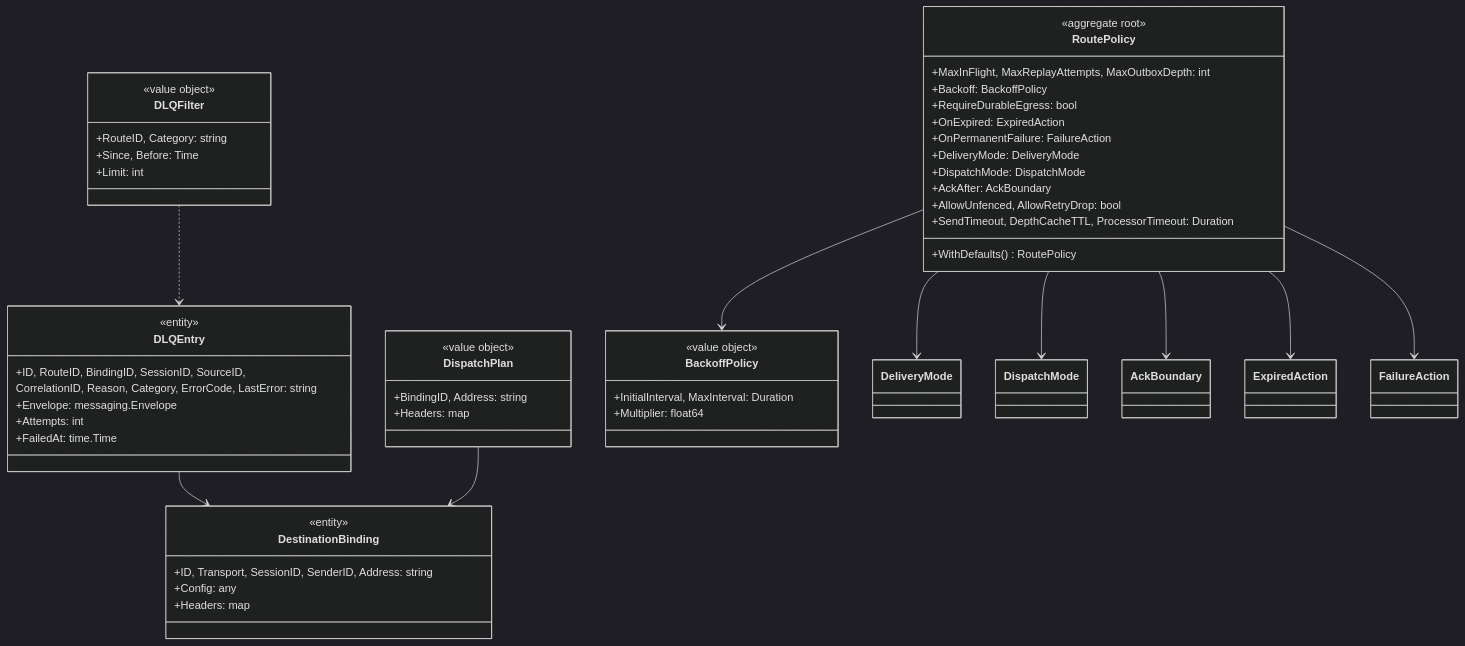
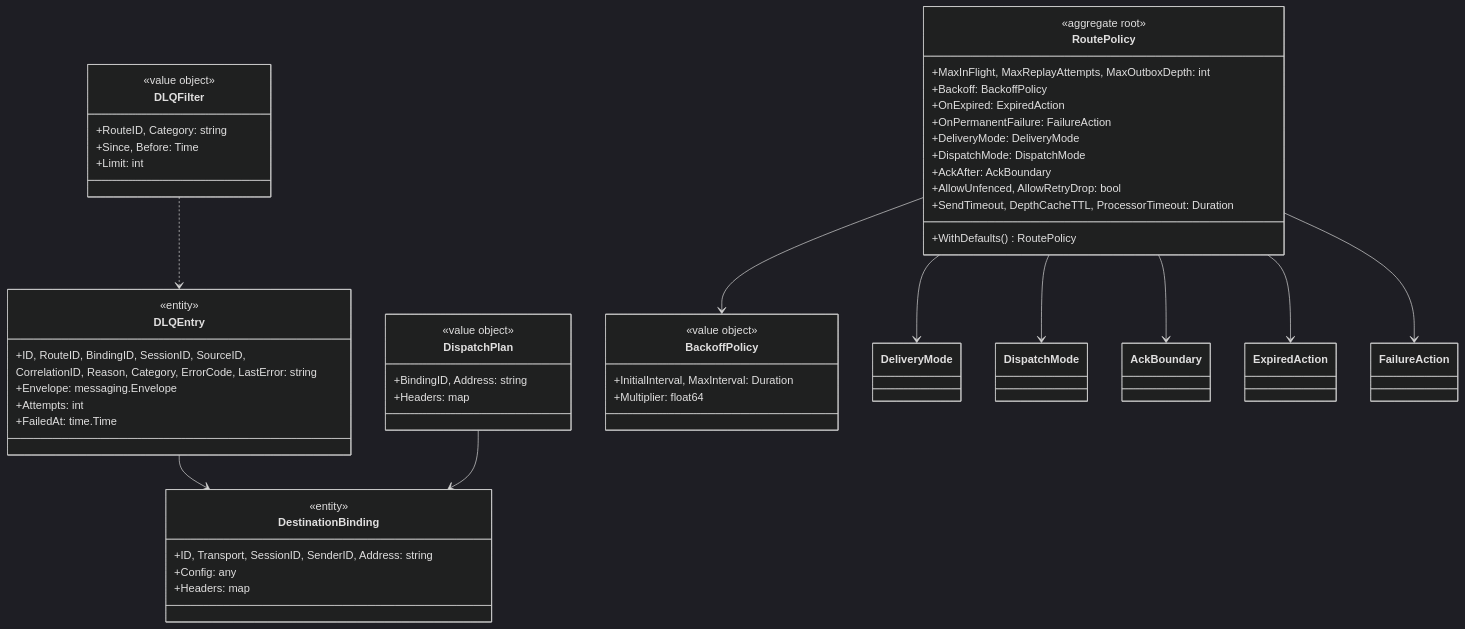
The fifth of 9 diagrams in DDD.md (mariotoffia/gobridge), drawn with Mermaid (dark theme) before and after one commit. The commit also changed 399 other files, not shown here.

````diff
--- a/DDD.md
+++ b/DDD.md
@@ -204,57 +204,56 @@
 ```mermaid
 classDiagram
     direction TB
     class RoutePolicy {
         <<aggregate root>>
         +MaxInFlight, MaxReplayAttempts, MaxOutboxDepth: int
         +Backoff: BackoffPolicy
-        +RequireDurableEgress: bool
         +OnExpired: ExpiredAction
         +OnPermanentFailure: FailureAction
         +DeliveryMode: DeliveryMode
         +DispatchMode: DispatchMode
         +AckAfter: AckBoundary
         +AllowUnfenced, AllowRetryDrop: bool
         +SendTimeout, DepthCacheTTL, ProcessorTimeout: Duration
         +WithDefaults() RoutePolicy
     }
     class BackoffPolicy {
         <<value object>>
         +InitialInterval, MaxInterval: Duration
         +Multiplier: float64
     }
     class DestinationBinding {
         <<entity>>
         +ID, Transport, SessionID, SenderID, Address: string
         +Config: any
         +Headers: map
     }
     class DispatchPlan {
         <<value object>>
         +BindingID, Address: string
         +Headers: map
     }
     class DLQEntry {
         <<entity>>
         +ID, RouteID, BindingID, SessionID, SourceID,
          CorrelationID, Reason, Category, ErrorCode, LastError: string
         +Envelope: messaging.Envelope
         +Attempts: int
         +FailedAt: time.Time
     }
     class DLQFilter {
         <<value object>>
         +RouteID, Category: string
         +Since, Before: Time
         +Limit: int
     }
     RoutePolicy --> BackoffPolicy
     RoutePolicy --> DeliveryMode
     RoutePolicy --> DispatchMode
     RoutePolicy --> AckBoundary
     RoutePolicy --> ExpiredAction
     RoutePolicy --> FailureAction
     DispatchPlan --> DestinationBinding
     DLQEntry --> DestinationBinding
     DLQFilter ..> DLQEntry
 ```
````
